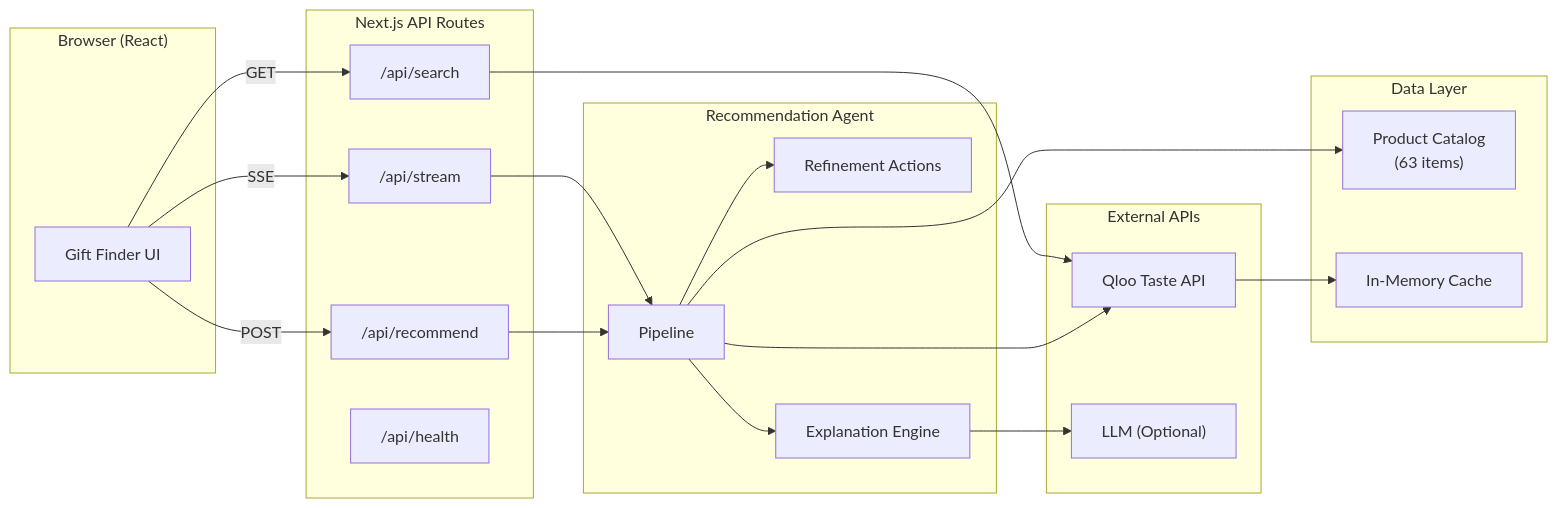
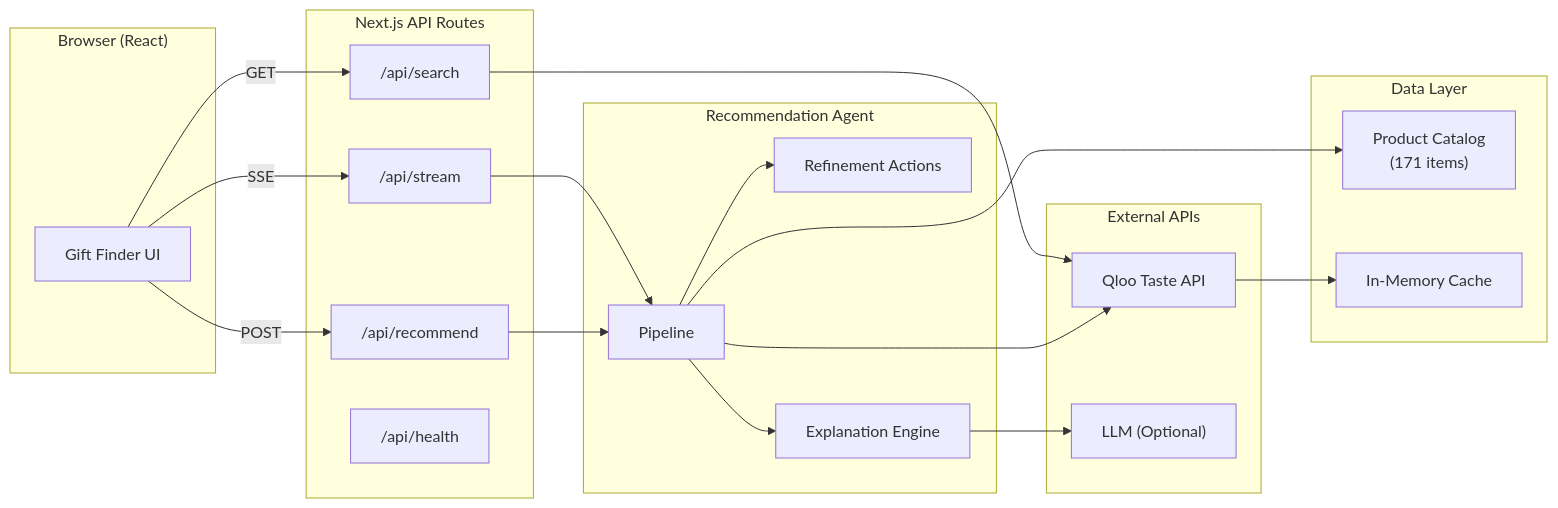
One commit to Sajibv1/tasteprint changed the first of 3 diagrams in README.md. Above: the diagram before and after it, drawn with Mermaid. The commit also changed other lines of this file and 7 other files, not shown here.

````diff
--- a/README.md
+++ b/README.md
@@ -41,42 +41,42 @@
 ```mermaid
 flowchart LR
     subgraph Client["Browser (React)"]
         UI["Gift Finder UI"]
     end
 
     subgraph Server["Next.js API Routes"]
         STREAM["/api/stream"]
         REC["/api/recommend"]
         SEARCH["/api/search"]
         HEALTH["/api/health"]
     end
 
     subgraph Agent["Recommendation Agent"]
         PIPE["Pipeline"]
         ACT["Refinement Actions"]
         EXP["Explanation Engine"]
     end
 
     subgraph External["External APIs"]
         QLOO["Qloo Taste API"]
         LLM["LLM (Optional)"]
     end
 
     subgraph Data["Data Layer"]
-        CAT["Product Catalog\n(63 items)"]
+        CAT["Product Catalog\n(171 items)"]
         CACHE["In-Memory Cache"]
     end
 
     UI -->|SSE| STREAM
     UI -->|POST| REC
     UI -->|GET| SEARCH
     STREAM --> PIPE
     REC --> PIPE
     SEARCH --> QLOO
     PIPE --> ACT
     PIPE --> EXP
     PIPE --> QLOO
     EXP --> LLM
     PIPE --> CAT
     QLOO --> CACHE
 ```
````
